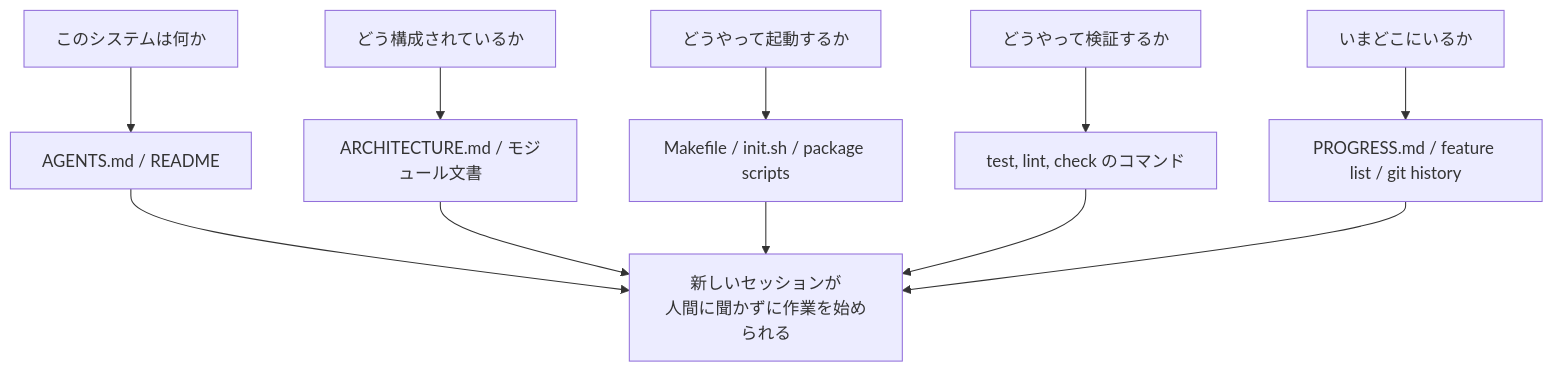
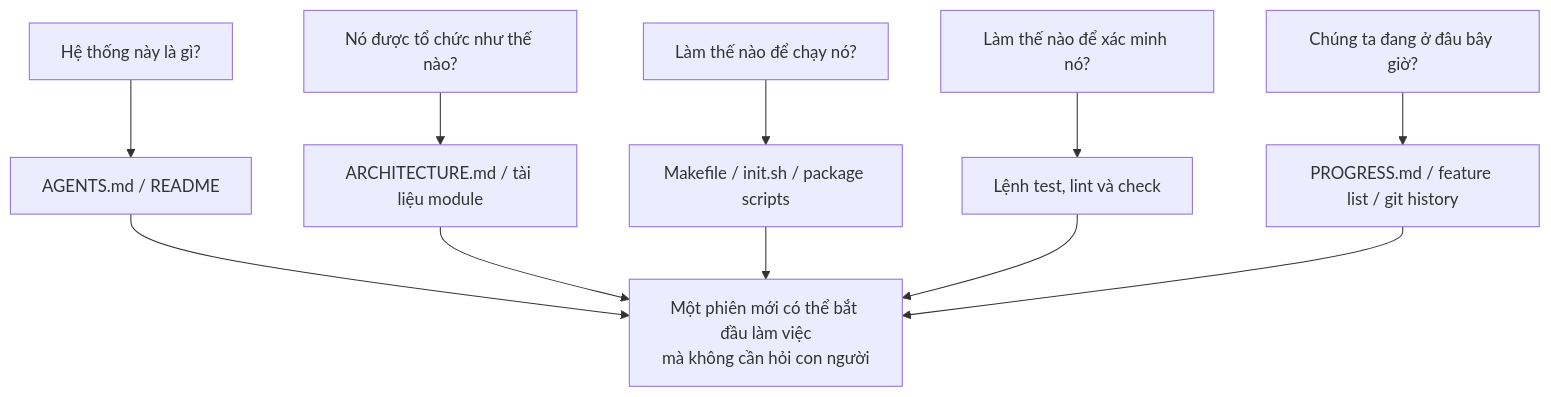
One commit to mkusaka/learn-harness-engineering changed the second of 2 diagrams in docs/vi/lectures/lecture-03-why-the-repository-must-become-the-system-of-record/index.md. Above: the diagram before and after it, drawn with Mermaid. The commit also changed other lines of this file and 684 other files, not shown here.

````diff
--- a/docs/vi/lectures/lecture-03-why-the-repository-must-become-the-system-of-record/index.md
+++ b/docs/vi/lectures/lecture-03-why-the-repository-must-become-the-system-of-record/index.md
@@ -39,14 +39,14 @@
 ```mermaid
 flowchart TB
-    Q1["このシステムは何か"] --> A1["AGENTS.md / README"]
-    Q2["どう構成されているか"] --> A2["ARCHITECTURE.md / モジュール文書"]
-    Q3["どうやって起動するか"] --> A3["Makefile / init.sh / package scripts"]
-    Q4["どうやって検証するか"] --> A4["test, lint, check のコマンド"]
-    Q5["いまどこにいるか"] --> A5["PROGRESS.md / feature list / git history"]
+    Q1["Hệ thống này là gì?"] --> A1["AGENTS.md / README"]
+    Q2["Nó được tổ chức như thế nào?"] --> A2["ARCHITECTURE.md / tài liệu module"]
+    Q3["Làm thế nào để chạy nó?"] --> A3["Makefile / init.sh / package scripts"]
+    Q4["Làm thế nào để xác minh nó?"] --> A4["Lệnh test, lint và check"]
+    Q5["Chúng ta đang ở đâu bây giờ?"] --> A5["PROGRESS.md / feature list / git history"]
 
-    A1 --> Ready["新しいセッションが<br/>人間に聞かずに作業を始められる"]
+    A1 --> Ready["Một phiên mới có thể bắt đầu làm việc<br/>mà không cần hỏi con người"]
     A2 --> Ready
     A3 --> Ready
     A4 --> Ready
     A5 --> Ready
 ```
````
